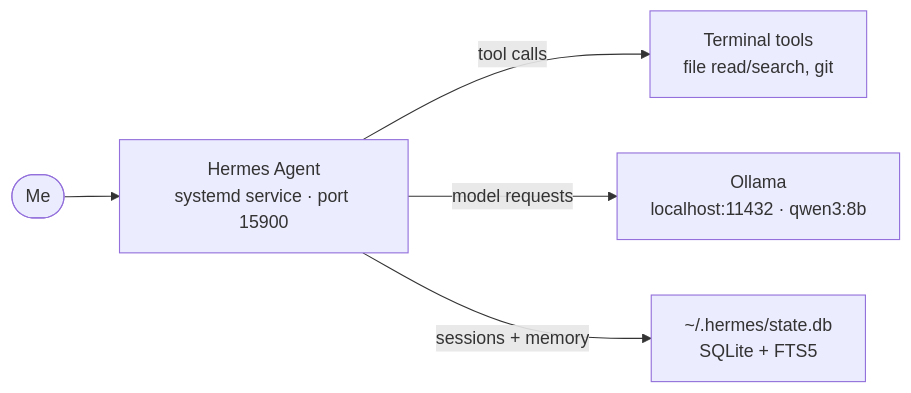
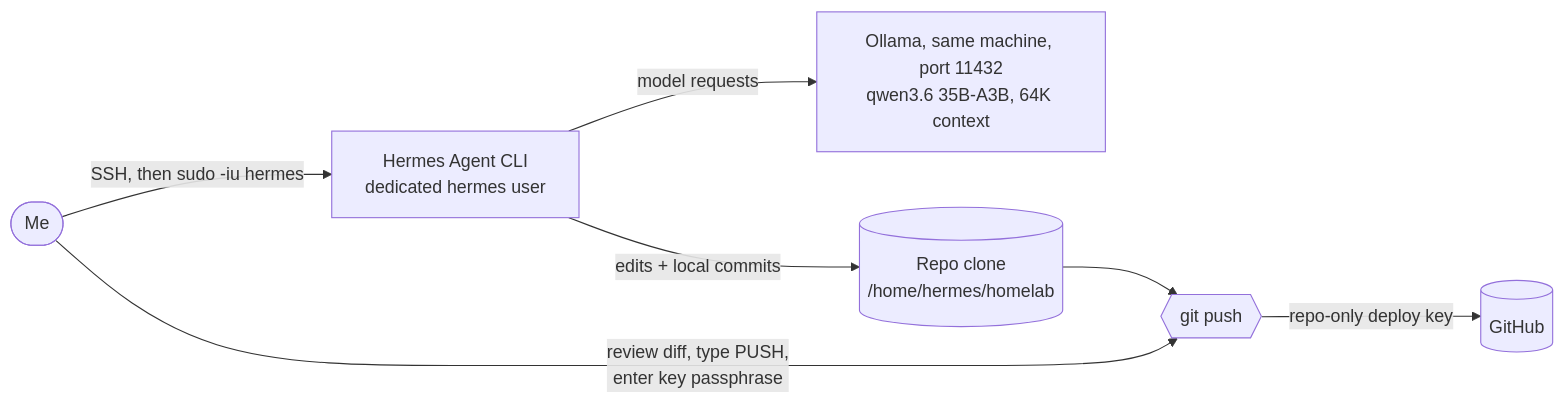
One commit to Shineori/homelab changed the diagram in docs/services/hermes-agent.md. Above: the diagram before and after it, drawn with Mermaid. The commit also changed other lines of this file and 3 other files, not shown here.

Commit message:
Hermes Agent: rewrite the page to match the real setup

````diff
--- a/docs/services/hermes-agent.md
+++ b/docs/services/hermes-agent.md
@@ -20,7 +24,9 @@
 ```mermaid
 flowchart LR
-    me([Me]) --> ha[Hermes Agent<br/>systemd service · port 15900]
-    ha -- tool calls --> local[Terminal tools<br/>file read/search, git]
-    ha -- model requests --> ollama[Ollama<br/>localhost:11432 · qwen3:8b]
-    ha -- sessions + memory --> db[~/.hermes/state.db<br/>SQLite + FTS5]
+    me([Me]) -- "SSH, then sudo -iu hermes" --> ha["Hermes Agent CLI<br/>dedicated hermes user"]
+    ha -- "model requests" --> ollama["Ollama, same machine, port 11432<br/>qwen3.6 35B-A3B, 64K context"]
+    ha -- "edits + local commits" --> repo[("Repo clone<br/>/home/hermes/homelab")]
+    me -- "review diff, type PUSH,<br/>enter key passphrase" --> push{{git push}}
+    repo --> push
+    push -- "repo-only deploy key" --> gh[(GitHub)]
 ```
````
